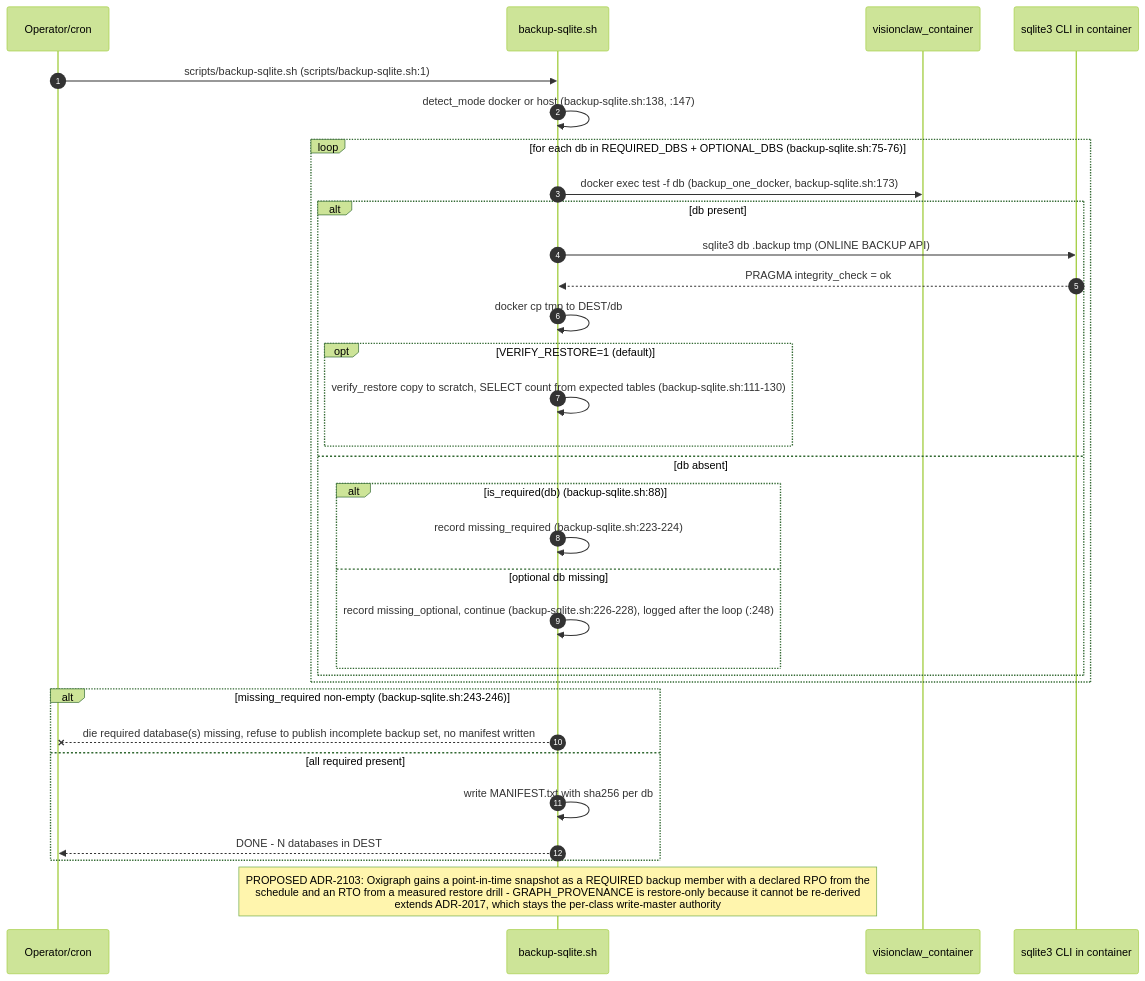
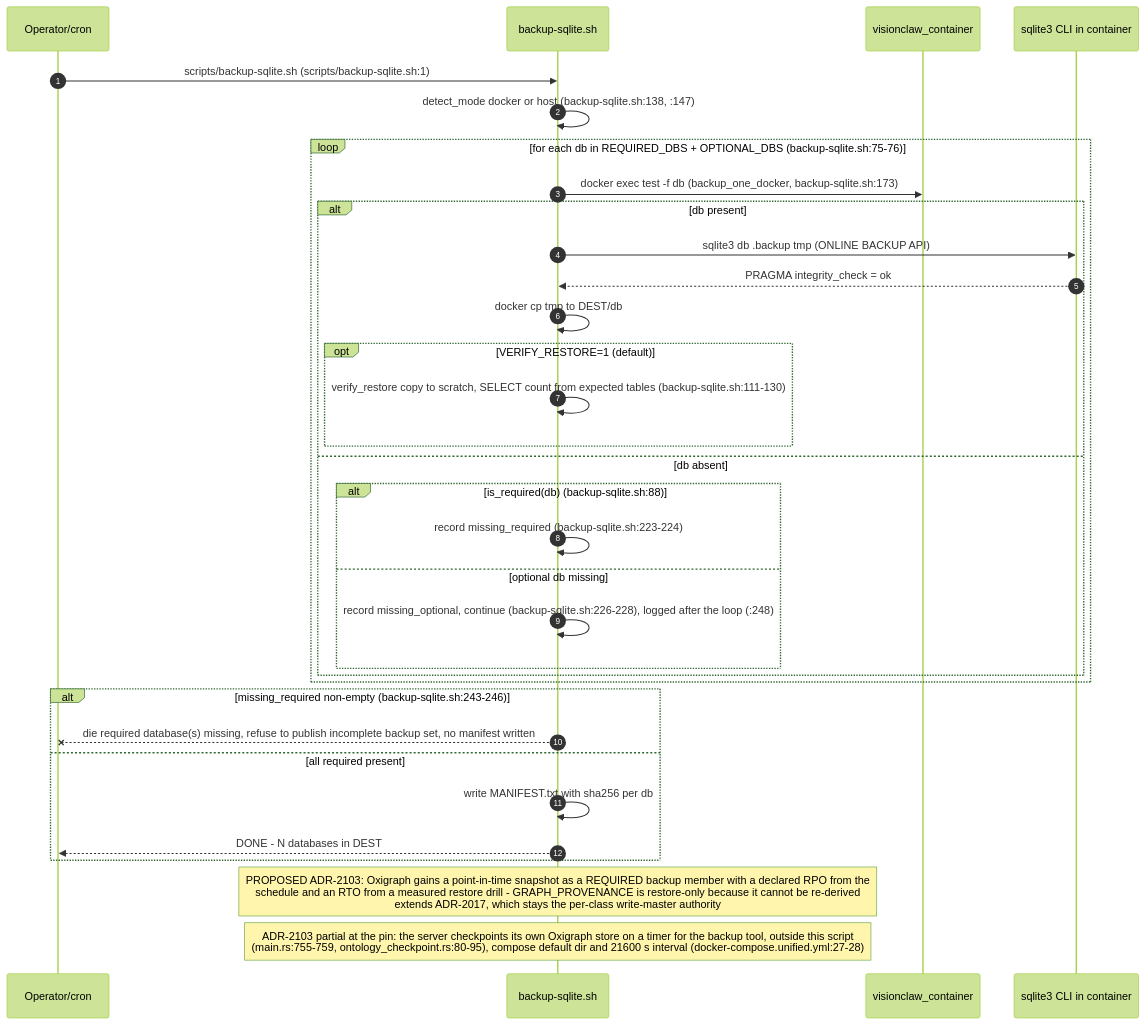
Before and after one commit to DreamLab-AI/VisionFlow: the seventh of 14 diagrams in docs/diagrams/visionclaw/22-data-authority-provenance-erasure.md, drawn with Mermaid (forest theme). The commit also changed other lines of this file and 7 other files, not shown here.

````diff
--- a/docs/diagrams/visionclaw/22-data-authority-provenance-erasure.md
+++ b/docs/diagrams/visionclaw/22-data-authority-provenance-erasure.md
@@ -341,35 +343,36 @@
 ```mermaid
 sequenceDiagram
     autonumber
     participant OP as Operator/cron
     participant SH as backup-sqlite.sh
     participant CT as visionclaw_container
     participant SQL as sqlite3 CLI in container
 
     OP->>SH: scripts/backup-sqlite.sh (scripts/backup-sqlite.sh:1)
     SH->>SH: detect_mode docker or host (backup-sqlite.sh:138, :147)
     loop for each db in REQUIRED_DBS + OPTIONAL_DBS (backup-sqlite.sh:75-76)
         SH->>CT: docker exec test -f db (backup_one_docker, backup-sqlite.sh:173)
         alt db present
             SH->>SQL: sqlite3 db .backup tmp (ONLINE BACKUP API)
             SQL-->>SH: PRAGMA integrity_check = ok
             SH->>SH: docker cp tmp to DEST/db
             opt VERIFY_RESTORE=1 (default)
                 SH->>SH: verify_restore copy to scratch, SELECT count from expected tables (backup-sqlite.sh:111-130)
             end
         else db absent
             alt is_required(db) (backup-sqlite.sh:88)
                 SH->>SH: record missing_required (backup-sqlite.sh:223-224)
             else optional db missing
                 SH->>SH: record missing_optional, continue (backup-sqlite.sh:226-228), logged after the loop (:248)
             end
         end
     end
     alt missing_required non-empty (backup-sqlite.sh:243-246)
         SH--xOP: die required database(s) missing, refuse to publish incomplete backup set, no manifest written
     else all required present
         SH->>SH: write MANIFEST.txt with sha256 per db
         SH-->>OP: DONE - N databases in DEST
     end
     Note over SH: PROPOSED ADR-2103: Oxigraph gains a point-in-time snapshot as a REQUIRED backup member with a declared RPO from the<br/>schedule and an RTO from a measured restore drill - GRAPH_PROVENANCE is restore-only because it cannot be re-derived<br/>extends ADR-2017, which stays the per-class write-master authority
+    Note over SH: ADR-2103 partial at the pin: the server checkpoints its own Oxigraph store on a timer for the backup tool, outside this script<br/>(main.rs:755-759, ontology_checkpoint.rs:80-95), compose default dir and 21600 s interval (docker-compose.unified.yml:27-28)
 ```
````
